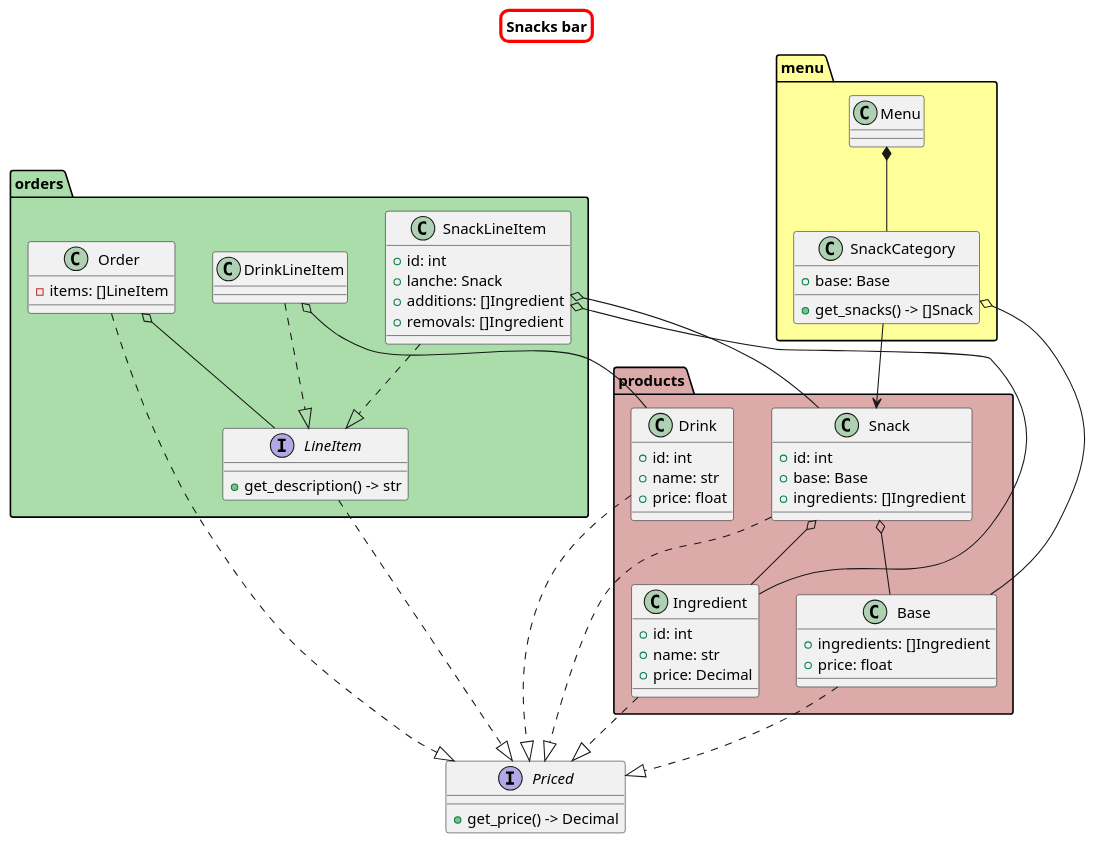
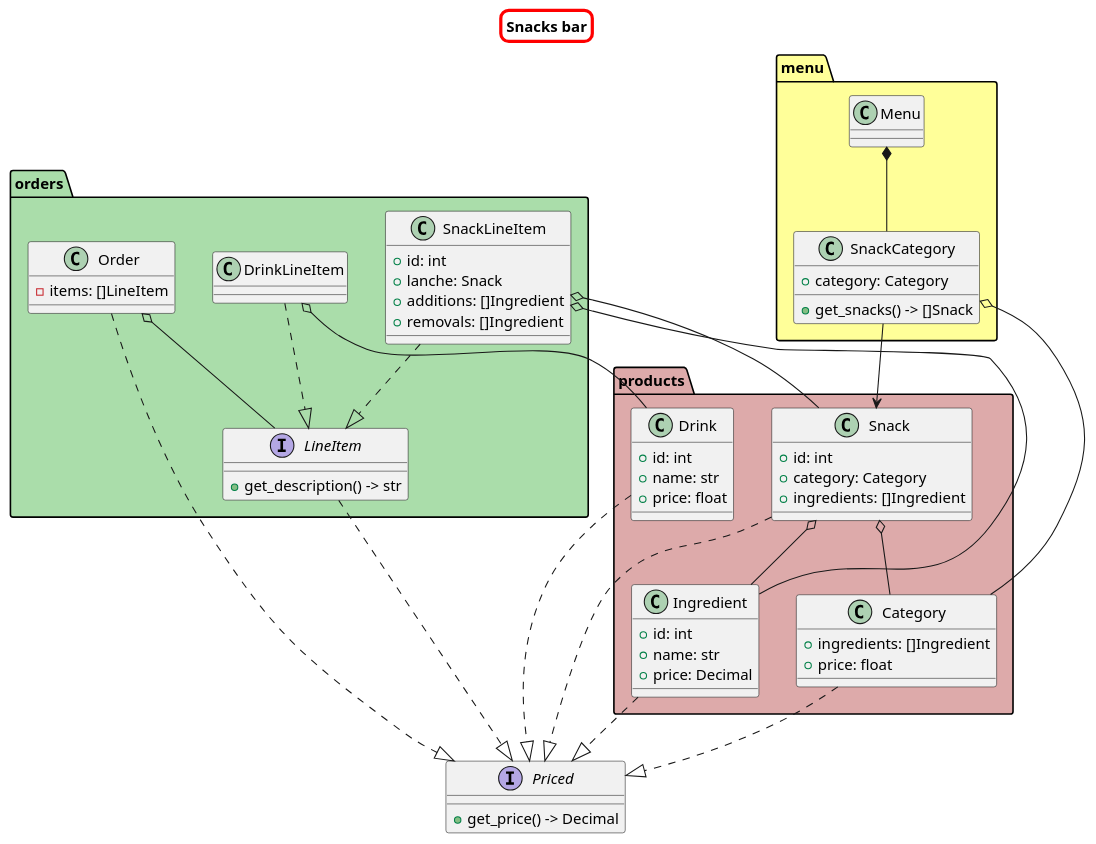
The diagram in diagrams/models.puml (santunioni/SnacksBar), drawn with PlantUML before and after one commit. The commit also changed 25 other files, not shown here.

```diff
--- a/diagrams/models.puml
+++ b/diagrams/models.puml
@@ -1,87 +1,87 @@
 @startuml
 skinparam titleBorderRoundCorner 15
 skinparam titleBorderThickness 3
 skinparam titleBorderColor red
 skinparam titleBackgroundColor #FFF
 title Snacks bar
 
 orders.SnackLineItem o-- products.Snack
 orders.SnackLineItem o-- products.Ingredient
 orders.DrinkLineItem o-- products.Drink
 
 
 
 interface Priced {
     + get_price() -> Decimal
 }
 
 
 
 namespace products #DAA {
 class Ingredient {
     + id: int
     + name: str
     + price: Decimal
 }
 
 class Snack {
     + id: int
-    + base: Base
+    + category: Category
     + ingredients: []Ingredient
 }
 class Drink {
     + id: int
     + name: str
     + price: float
 }
-class Base {
+class Category {
     + ingredients: []Ingredient
     + price: float
 }
 }
 products.Ingredient ..|> Priced
 products.Snack ..|> Priced
 products.Drink ..|> Priced
-products.Base ..|> Priced
+products.Category ..|> Priced
 products.Snack o-- products.Ingredient
-products.Snack o-- products.Base
+products.Snack o-- products.Category
 
 
 
 namespace menu #FF9 {
 class SnackCategory {
-    + base: Base
+    + category: Category
 
     + get_snacks() -> []Snack
 }
 class Menu {
 }
 }
-menu.SnackCategory o-- products.Base
+menu.SnackCategory o-- products.Category
 menu.SnackCategory --> products.Snack
 menu.Menu *-- menu.SnackCategory
 
 
 
 namespace orders #ADA {
 class Order {
     - items: []LineItem
 }
 
 class SnackLineItem {
     + id: int
     + lanche: Snack
     + additions: []Ingredient
     + removals: []Ingredient
 }
 
 interface LineItem {
     + get_description() -> str
 }
 }
 orders.Order ..|> Priced
 orders.LineItem ..|> Priced
 orders.Order o-- orders.LineItem
 orders.SnackLineItem ..|> orders.LineItem
 orders.DrinkLineItem ..|> orders.LineItem
 @enduml
```
